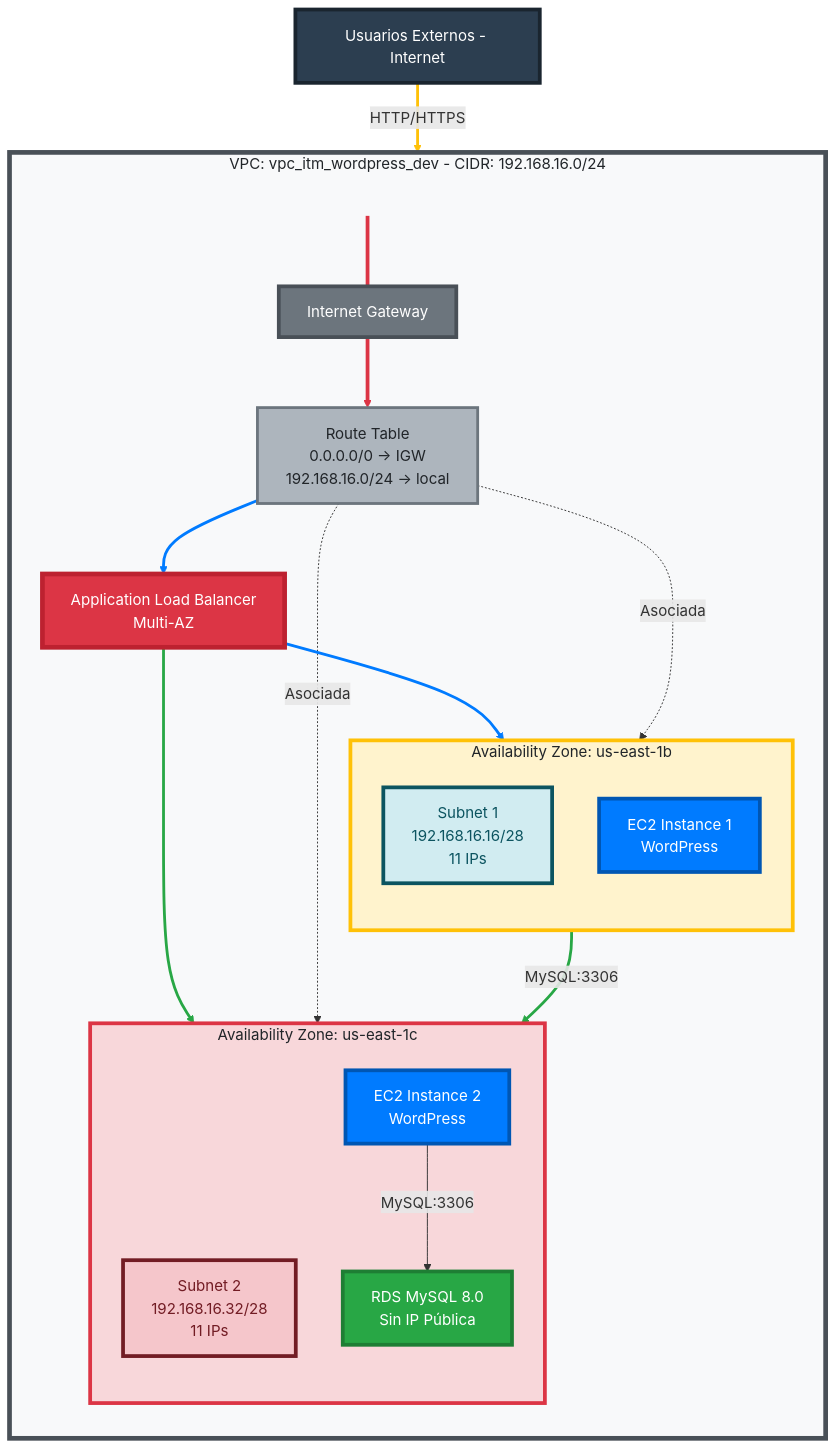
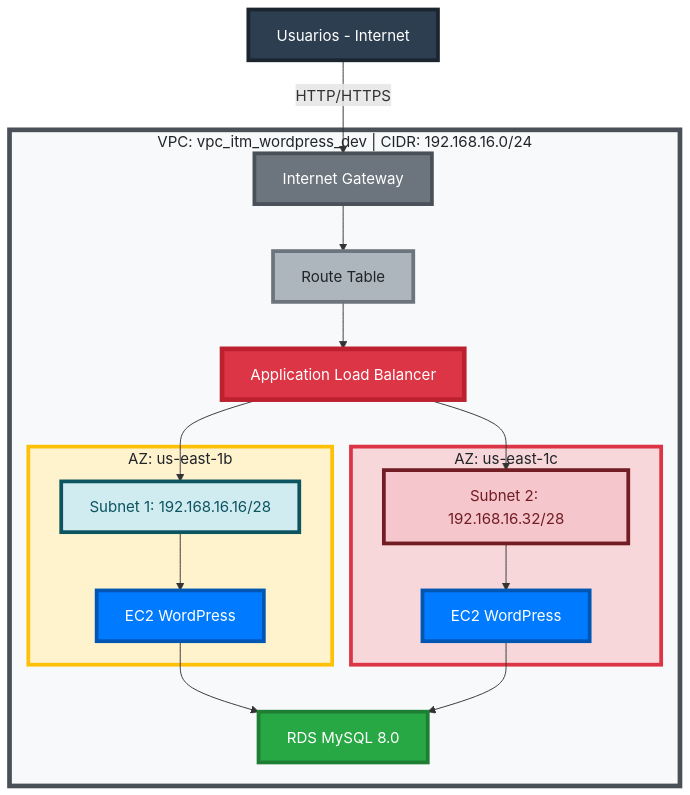
One commit to gjoiver/terraform-project changed the diagram in README.md. Above: the diagram before and after it, drawn with Mermaid.

Commit message:
update diagram

````diff
--- a/README.md
+++ b/README.md
@@ -15,65 +15,51 @@
 ```mermaid
 graph TB
-    Users["Usuarios Externos - Internet"]
+    Users["Usuarios - Internet"]
 
-    subgraph VPC["VPC: vpc_itm_wordpress_dev - CIDR: 192.168.16.0/24"]
-        direction TB
+    subgraph VPC["VPC: vpc_itm_wordpress_dev | CIDR: 192.168.16.0/24"]
+        IGW["Internet Gateway"]
 
-        VPC_Title[" "]
-        IGW["Internet Gateway"]
-        RT["Route Table<br/>0.0.0.0/0 → IGW<br/>192.168.16.0/24 → local"]
-        ALB["Application Load Balancer<br/>Multi-AZ"]
+        RT["Route Table"]
 
-        subgraph AZ1["Availability Zone: us-east-1b"]
-            direction TB
-            Subnet1["Subnet 1<br/>192.168.16.16/28<br/>11 IPs"]
-            EC2_1["EC2 Instance 1<br/>WordPress"]
+        ALB["Application Load Balancer"]
+
+        subgraph AZ1["AZ: us-east-1b"]
+            Subnet1["Subnet 1: 192.168.16.16/28"]
+            EC2_1["EC2 WordPress"]
         end
 
-        subgraph AZ2["Availability Zone: us-east-1c"]
-            direction TB
-            Subnet2["Subnet 2<br/>192.168.16.32/28<br/>11 IPs"]
-            EC2_2["EC2 Instance 2<br/>WordPress"]
-            RDS["RDS MySQL 8.0<br/>Sin IP Pública"]
+        subgraph AZ2["AZ: us-east-1c"]
+            Subnet2["Subnet 2: 192.168.16.32/28"]
+            EC2_2["EC2 WordPress"]
         end
 
-        VPC_Title ~~~ IGW
+        RDS["RDS MySQL 8.0"]
     end
 
     Users -->|HTTP/HTTPS| IGW
     IGW --> RT
     RT --> ALB
-    ALB --> EC2_1
-    ALB --> EC2_2
-    EC2_1 -->|MySQL:3306| RDS
-    EC2_2 -->|MySQL:3306| RDS
-
-    RT -.->|Asociada| Subnet1
-    RT -.->|Asociada| Subnet2
+    ALB --> Subnet1
+    ALB --> Subnet2
+    Subnet1 --> EC2_1
+    Subnet2 --> EC2_2
+    EC2_1 --> RDS
+    EC2_2 --> RDS
 
     style Users fill:#2C3E50,stroke:#1A252F,stroke-width:4px,color:#FFFFFF
-    style VPC_Title fill:none,stroke:none,color:none
 
     style VPC fill:#F8F9FA,stroke:#495057,stroke-width:5px,color:#212529
     style IGW fill:#6C757D,stroke:#495057,stroke-width:4px,color:#FFFFFF
-    style RT fill:#ADB5BD,stroke:#6C757D,stroke-width:3px,color:#212529
+    style RT fill:#ADB5BD,stroke:#6C757D,stroke-width:4px,color:#212529
+    style ALB fill:#DC3545,stroke:#BD2130,stroke-width:5px,color:#FFFFFF
 
     style AZ1 fill:#FFF3CD,stroke:#FFC107,stroke-width:4px,color:#212529
     style AZ2 fill:#F8D7DA,stroke:#DC3545,stroke-width:4px,color:#212529
 
     style Subnet1 fill:#D1ECF1,stroke:#0C5460,stroke-width:4px,color:#0C5460
     style Subnet2 fill:#F5C6CB,stroke:#721C24,stroke-width:4px,color:#721C24
 
     style EC2_1 fill:#007BFF,stroke:#0056B3,stroke-width:4px,color:#FFFFFF
     style EC2_2 fill:#007BFF,stroke:#0056B3,stroke-width:4px,color:#FFFFFF
     style RDS fill:#28A745,stroke:#1E7E34,stroke-width:4px,color:#FFFFFF
-    style ALB fill:#DC3545,stroke:#BD2130,stroke-width:5px,color:#FFFFFF
-
-    linkStyle 0 stroke:#DC3545,stroke-width:4px
-    linkStyle 1 stroke:#FFC107,stroke-width:3px
-    linkStyle 2 stroke:#DC3545,stroke-width:4px
-    linkStyle 3 stroke:#007BFF,stroke-width:3px
-    linkStyle 4 stroke:#007BFF,stroke-width:3px
-    linkStyle 5 stroke:#28A745,stroke-width:3px
-    linkStyle 6 stroke:#28A745,stroke-width:3px
 ```
````
